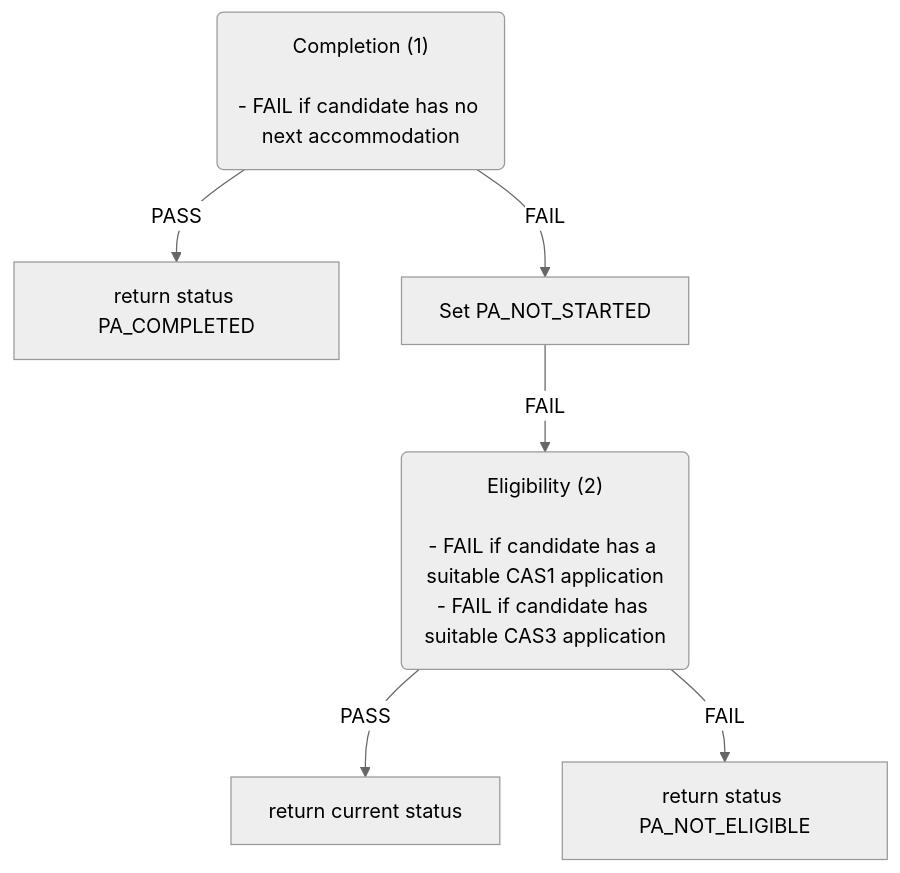
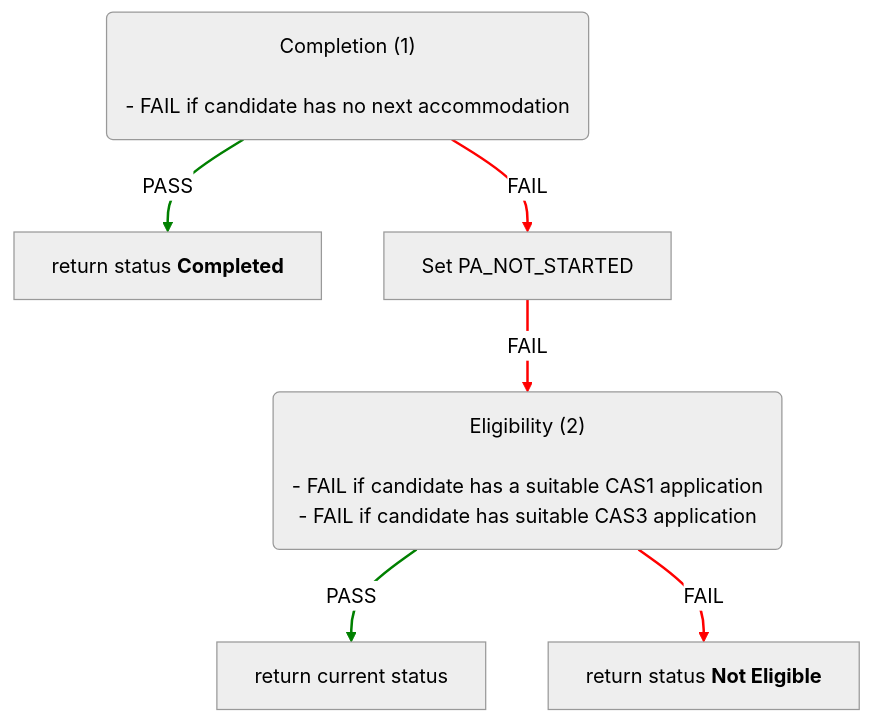
One commit to ministryofjustice/hmpps-single-accommodation-service-api changed the sixth of 6 diagrams in docs/eligibility-rules-graph.md. Above: the diagram before and after it, drawn with Mermaid (neutral theme). The commit also changed other lines of this file and 8 other files, not shown here.

Commit message:
chore/SAS-1532-Use-UI-statuses-in-graph-instead-of-enums

````diff
--- a/docs/eligibility-rules-graph.md
+++ b/docs/eligibility-rules-graph.md
@@ -507,19 +602,22 @@
 ```mermaid
+%%{init: {"flowchart": {"wrappingWidth": 800}}}%%
 flowchart TD
   Completion("Completion (1)
 
 - FAIL if candidate has no next accommodation")
-  return_status_PA_COMPLETED["return status PA_COMPLETED"]
+  return_status_Completed["return status <b>Completed</b>"]
   Set_PA_NOT_STARTED["Set PA_NOT_STARTED"]
   Eligibility("Eligibility (2)
 
 - FAIL if candidate has a suitable CAS1 application
 - FAIL if candidate has suitable CAS3 application")
   return_current_status["return current status"]
-  return_status_PA_NOT_ELIGIBLE["return status PA_NOT_ELIGIBLE"]
-  Completion -->|PASS| return_status_PA_COMPLETED
+  return_status_Not_Eligible["return status <b>Not Eligible</b>"]
+  Completion -->|PASS| return_status_Completed
   Completion -->|FAIL| Set_PA_NOT_STARTED
   Eligibility -->|PASS| return_current_status
-  Eligibility -->|FAIL| return_status_PA_NOT_ELIGIBLE
+  Eligibility -->|FAIL| return_status_Not_Eligible
   Set_PA_NOT_STARTED -->|FAIL| Eligibility
+  linkStyle 0,2 stroke:green,stroke-width:2px
+  linkStyle 1,3,4 stroke:red,stroke-width:2px
 ```
````
